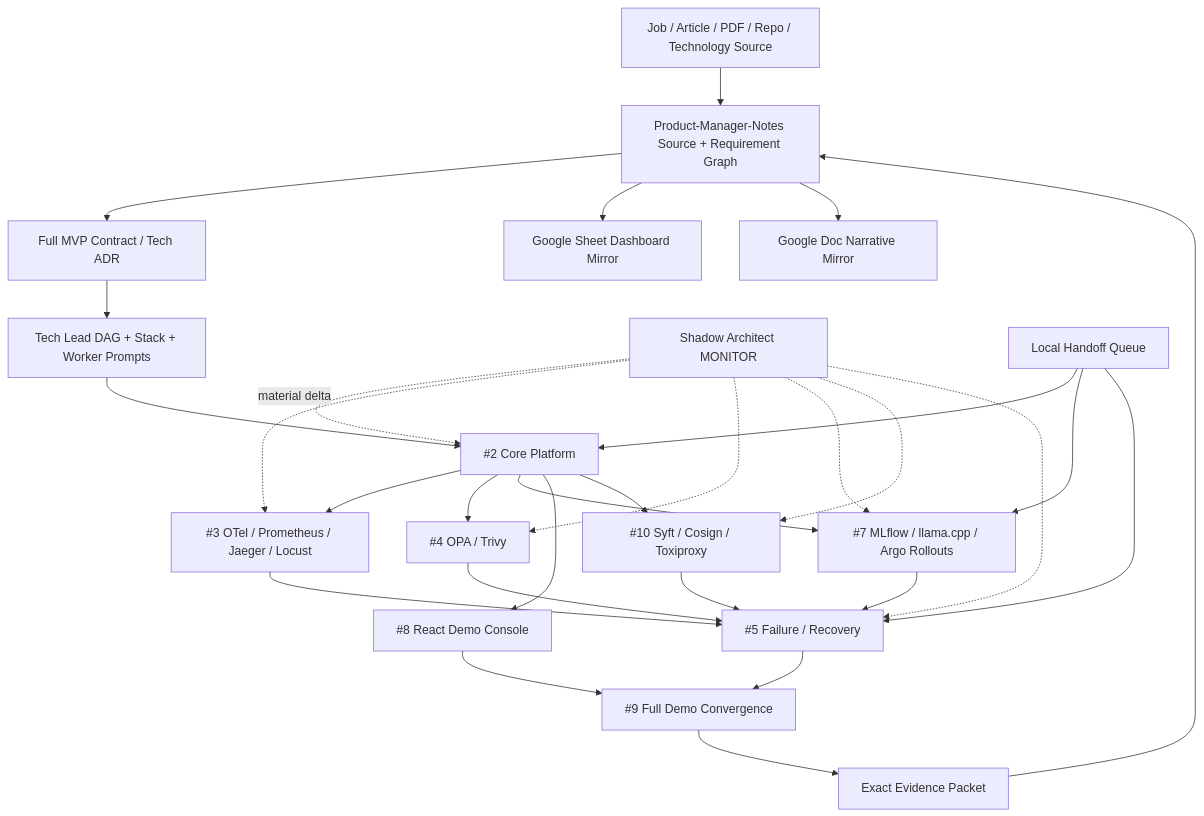
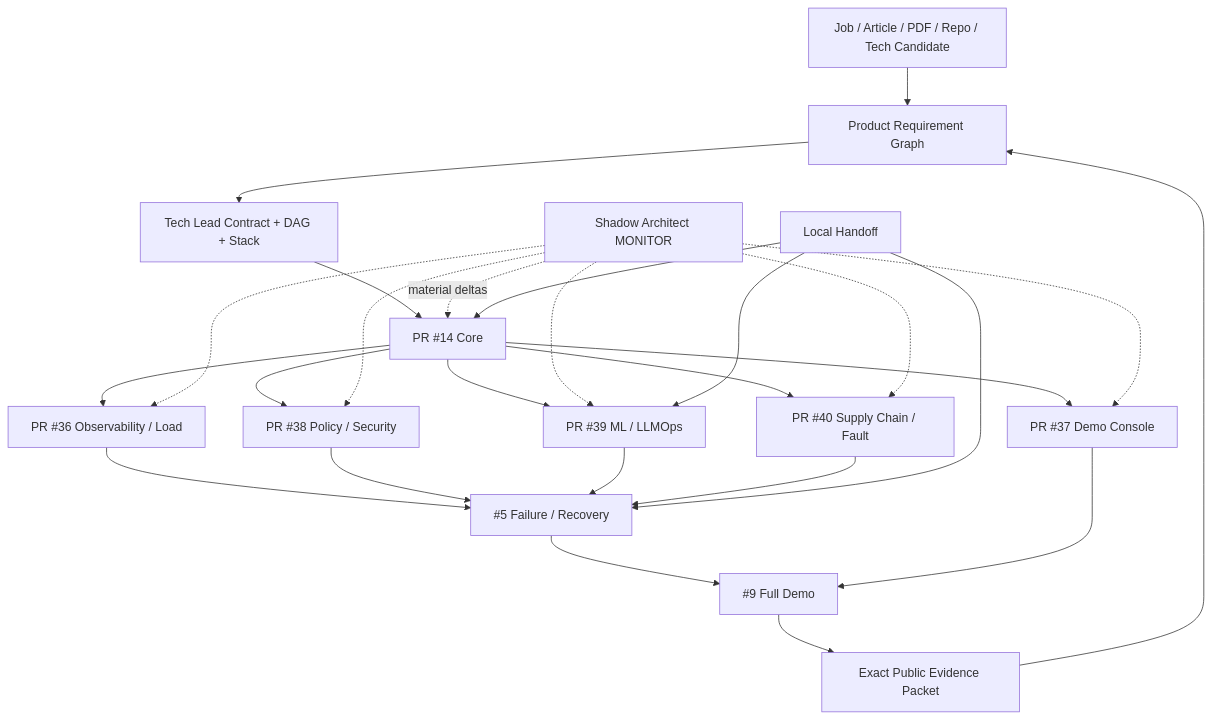
The diagram in README.md (ed3c/DevOps-Manager-Notes), drawn with Mermaid before and after one commit. The commit also changed other lines of this file, not shown here.

Commit message:
docs(m2): make README the observed public Stack index

````diff
--- a/README.md
+++ b/README.md
@@ -175,31 +187,28 @@
 ```mermaid
 flowchart TD
-    S[Job / Article / PDF / Repo / Technology Source] --> P[Product-Manager-Notes Source + Requirement Graph]
-    P --> C[Full MVP Contract / Tech ADR]
-    C --> TL[Tech Lead DAG + Stack + Worker Prompts]
-    TL --> K2[#2 Core Platform]
-    K2 --> A3[#3 OTel / Prometheus / Jaeger / Locust]
-    K2 --> E4[#4 OPA / Trivy]
-    K2 --> A7[#7 MLflow / llama.cpp / Argo Rollouts]
-    K2 --> A8[#8 React Demo Console]
-    K2 --> E10[#10 Syft / Cosign / Toxiproxy]
-    A3 --> X5[#5 Failure / Recovery]
-    E4 --> X5
-    A7 --> X5
-    E10 --> X5
-    X5 --> X9[#9 Full Demo Convergence]
-    A8 --> X9
-    X9 --> EV[Exact Evidence Packet]
+    S[Job / Article / PDF / Repo / Tech Candidate] --> P[Product Requirement Graph]
+    P --> TL[Tech Lead Contract + DAG + Stack]
+    TL --> K2[PR #14 Core]
+    K2 --> O[PR #36 Observability / Load]
+    K2 --> SEC[PR #38 Policy / Security]
+    K2 --> ML[PR #39 ML / LLMOps]
+    K2 --> UI[PR #37 Demo Console]
+    K2 --> SUP[PR #40 Supply Chain / Fault]
+    O --> X5[#5 Failure / Recovery]
+    SEC --> X5
+    ML --> X5
+    SUP --> X5
+    X5 --> X9[#9 Full Demo]
+    UI --> X9
+    X9 --> EV[Exact Public Evidence Packet]
     EV --> P
-    P --> GS[Google Sheet Dashboard Mirror]
-    P --> GD[Google Doc Narrative Mirror]
-    SH[Shadow Architect MONITOR] -. material delta .-> K2
-    SH -.-> A3
-    SH -.-> E4
-    SH -.-> A7
-    SH -.-> E10
-    SH -.-> X5
-    LH[Local Handoff Queue] --> K2
-    LH --> A7
+    SH[Shadow Architect MONITOR] -. material deltas .-> K2
+    SH -.-> O
+    SH -.-> SEC
+    SH -.-> ML
+    SH -.-> UI
+    SH -.-> SUP
+    LH[Local Handoff] --> K2
+    LH --> ML
     LH --> X5
 ```
````
